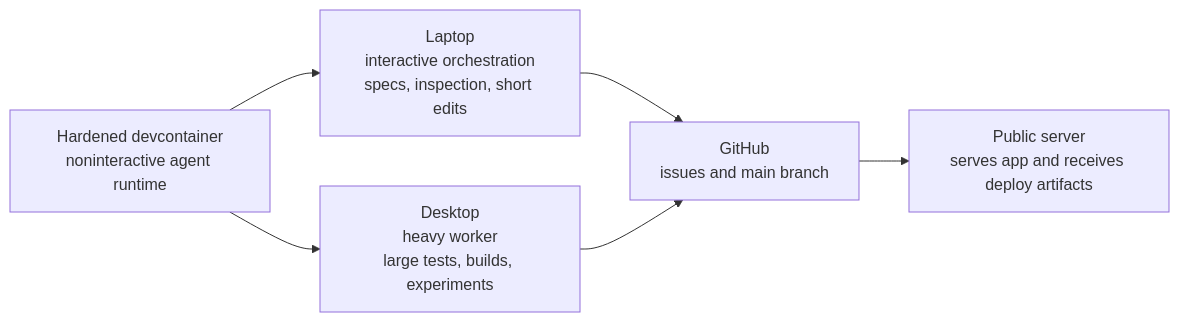
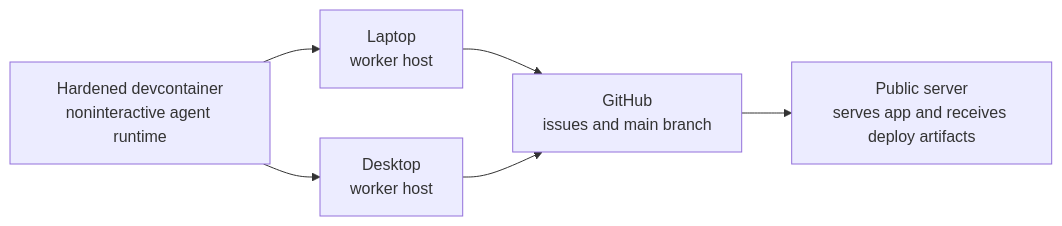
One commit to tlaitinen/terolaitinen.fi changed the second of 19 diagrams in content/posts/agentic-side-project-setup.md. Above: the diagram before and after it, drawn with Mermaid. The commit also changed other lines of this file and 1 other file, not shown here.

````diff
--- a/content/posts/agentic-side-project-setup.md
+++ b/content/posts/agentic-side-project-setup.md
@@ -75,8 +75,8 @@
 ```mermaid
 flowchart LR
-    Laptop["Laptop<br/>interactive orchestration<br/>specs, inspection, short edits"] --> GitHub["GitHub<br/>issues and main branch"]
-    Desktop["Desktop<br/>heavy worker<br/>large tests, builds, experiments"] --> GitHub
+    Laptop["Laptop<br/>worker host"] --> GitHub["GitHub<br/>issues and main branch"]
+    Desktop["Desktop<br/>worker host"] --> GitHub
     GitHub --> PublicBox["Public server<br/>serves app and receives deploy artifacts"]
     Devcontainer["Hardened devcontainer<br/>noninteractive agent runtime"] --> Laptop
     Devcontainer --> Desktop
 ```
````
